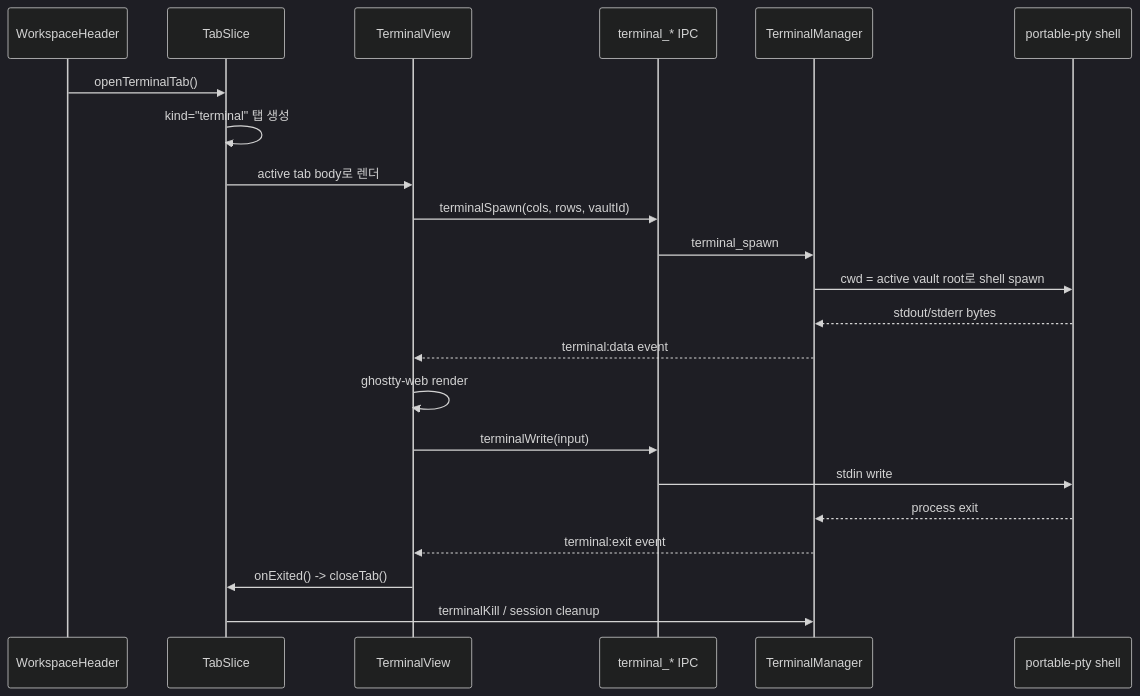
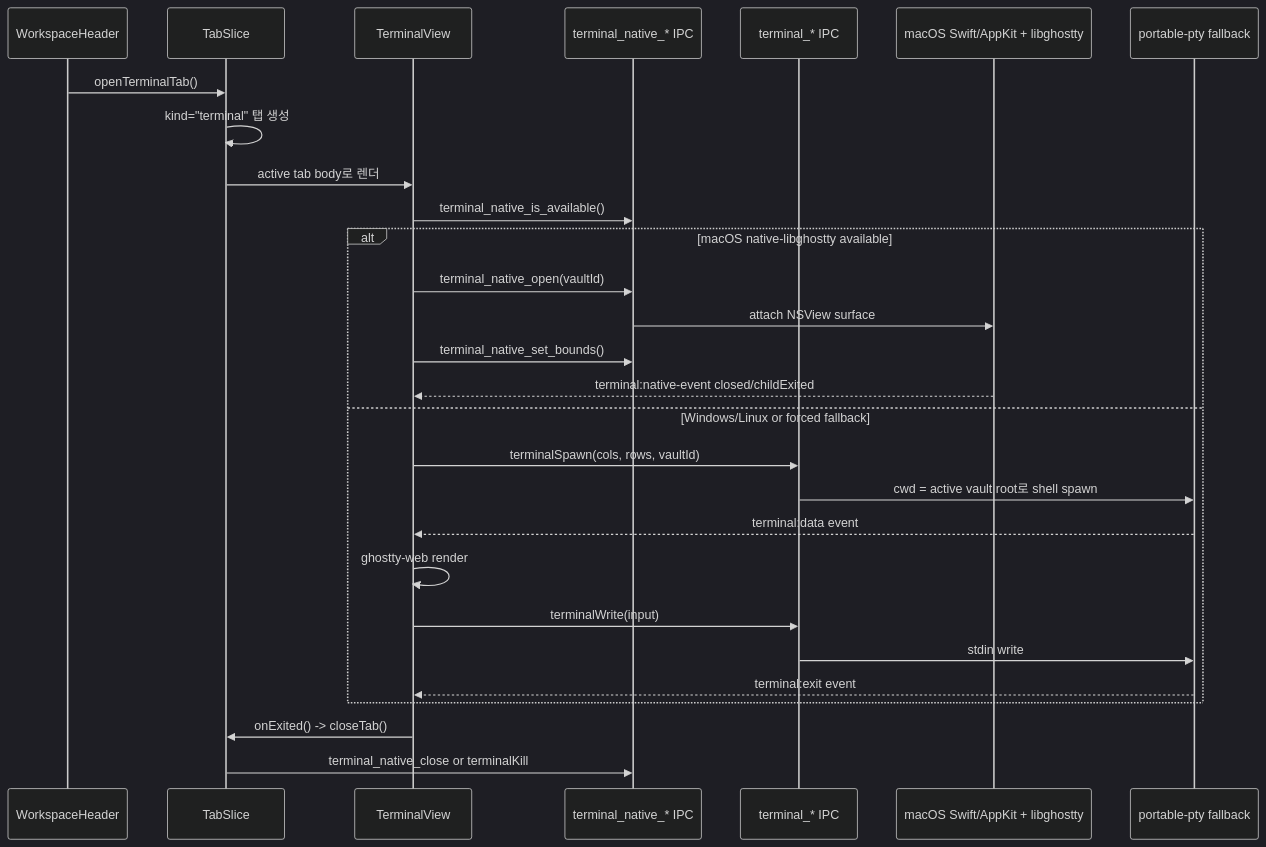
One commit to ByeongGi/munix changed the eighth of 12 diagrams in docs/app-architecture-mermaid.md. Above: the diagram before and after it, drawn with Mermaid (dark theme). The commit also changed other lines of this file and 31 other files, not shown here.

Commit message:
feat(terminal): add native libghostty runtime

````diff
--- a/docs/app-architecture-mermaid.md
+++ b/docs/app-architecture-mermaid.md
@@ -227,27 +228,33 @@
 ```mermaid
 sequenceDiagram
   participant Header as WorkspaceHeader
   participant Tabs as TabSlice
   participant Terminal as TerminalView
-  participant IPC as terminal_* IPC
-  participant Rust as TerminalManager
-  participant PTY as portable-pty shell
+  participant NativeIPC as terminal_native_* IPC
+  participant WebIPC as terminal_* IPC
+  participant Native as macOS Swift/AppKit + libghostty
+  participant PTY as portable-pty fallback
 
   Header->>Tabs: openTerminalTab()
   Tabs->>Tabs: kind="terminal" 탭 생성
   Tabs->>Terminal: active tab body로 렌더
-  Terminal->>IPC: terminalSpawn(cols, rows, vaultId)
-  IPC->>Rust: terminal_spawn
-  Rust->>PTY: cwd = active vault root로 shell spawn
-  PTY-->>Rust: stdout/stderr bytes
-  Rust-->>Terminal: terminal:data event
-  Terminal->>Terminal: ghostty-web render
 
-  Terminal->>IPC: terminalWrite(input)
-  IPC->>PTY: stdin write
+  Terminal->>NativeIPC: terminal_native_is_available()
+  alt macOS native-libghostty available
+    Terminal->>NativeIPC: terminal_native_open(vaultId)
+    NativeIPC->>Native: attach NSView surface
+    Terminal->>NativeIPC: terminal_native_set_bounds()
+    Native-->>Terminal: terminal:native-event closed/childExited
+  else Windows/Linux or forced fallback
+    Terminal->>WebIPC: terminalSpawn(cols, rows, vaultId)
+    WebIPC->>PTY: cwd = active vault root로 shell spawn
+    PTY-->>Terminal: terminal:data event
+    Terminal->>Terminal: ghostty-web render
+    Terminal->>WebIPC: terminalWrite(input)
+    WebIPC->>PTY: stdin write
+    PTY-->>Terminal: terminal:exit event
+  end
 
-  PTY-->>Rust: process exit
-  Rust-->>Terminal: terminal:exit event
   Terminal->>Tabs: onExited() -> closeTab()
-  Tabs->>Rust: terminalKill / session cleanup
+  Tabs->>NativeIPC: terminal_native_close or terminalKill
 ```
````
